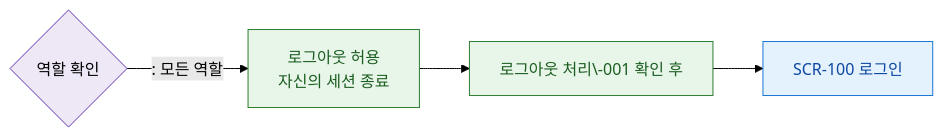
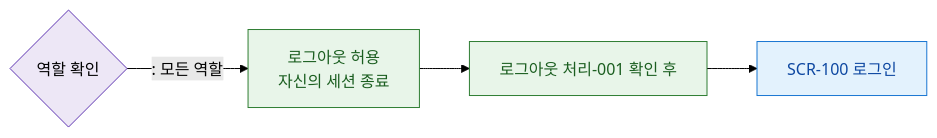
Before and after one commit to dev-spogym/admin-pando: the diagram in docs/admin/다이어그램/D01_공통/SCR-109_로그아웃/F7_권한.md, drawn with Mermaid (forest theme). The commit also changed 369 other files, not shown here.

````diff
--- a/docs/admin/다이어그램/D01_공통/SCR-109_로그아웃/F7_권한.md
+++ b/docs/admin/다이어그램/D01_공통/SCR-109_로그아웃/F7_권한.md
@@ -17,16 +17,16 @@
 ```mermaid
 flowchart LR
     ROLE{역할 확인}
 
     ROLE -->|": 모든 역할"|ALL[로그아웃 허용\n자신의 세션 종료]
 
-    ALL --> ACT[로그아웃 처리\-001 확인 후]
+    ALL --> ACT[로그아웃 처리-001 확인 후]
     ACT --> SCR_100[SCR-100 로그인]
 
     classDef screen fill:#E3F2FD,stroke:#1976D2,color:#0D47A1
     classDef success fill:#E8F5E9,stroke:#2E7D32,color:#1B5E20
     classDef system fill:#EDE7F6,stroke:#5E35B2
     class SCR_100 screen
     class ALL,ACT success
     class ROLE system
 ```
````
